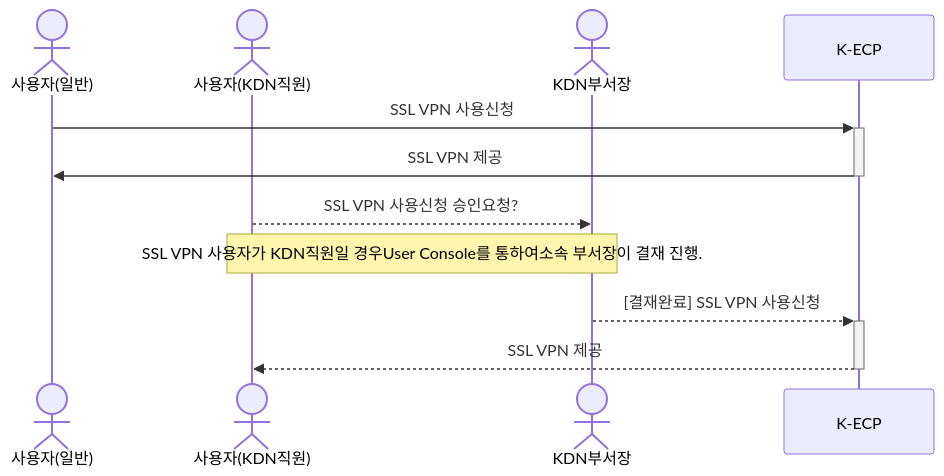
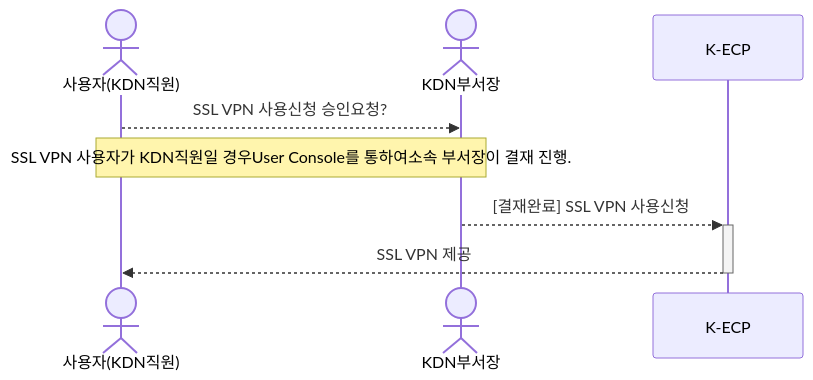
One commit to KDN-ECP/guidebooks changed the first of 2 diagrams in mdfiles/SSLVPN_started.md. Above: the diagram before and after it, drawn with Mermaid. The commit also changed other lines of this file, not shown here.

````diff
--- a/mdfiles/SSLVPN_started.md
+++ b/mdfiles/SSLVPN_started.md
@@ -36,12 +37,9 @@
 ```mermaid
 sequenceDiagram
-  actor 사용자(일반)
   actor 사용자(KDN직원)
   actor KDN부서장
-  사용자(일반) ->>+ K-ECP: SSL VPN 사용신청
-  K-ECP ->>- 사용자(일반): SSL VPN 제공
   사용자(KDN직원) -->> KDN부서장: SSL VPN 사용신청 승인요청?
   Note over 사용자(KDN직원), KDN부서장: SSL VPN 사용자가 KDN직원일 경우User Console를 통하여소속 부서장이 결재 진행.
   KDN부서장 -->>+ K-ECP: [결재완료] SSL VPN 사용신청
   K-ECP -->>- 사용자(KDN직원): SSL VPN 제공
 ```
````
